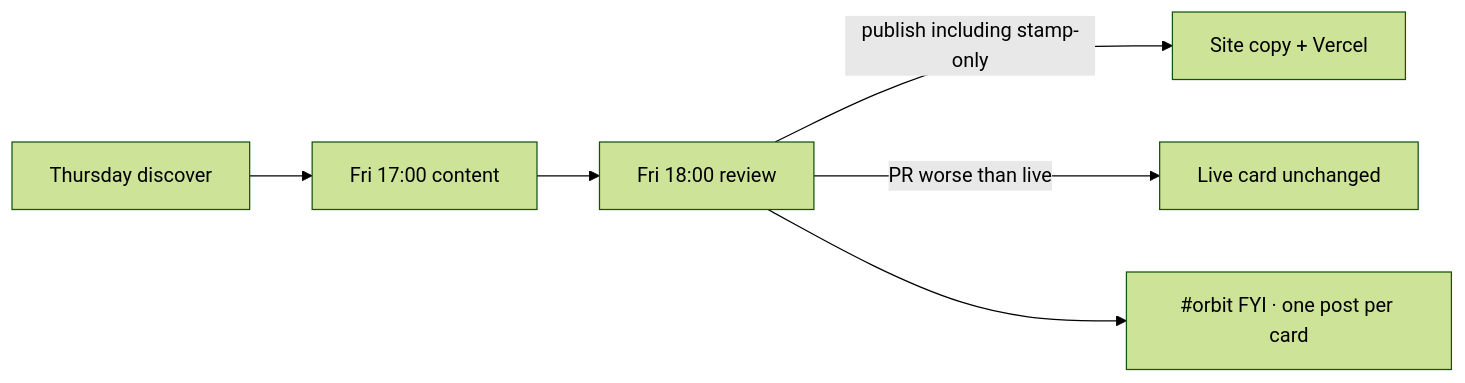
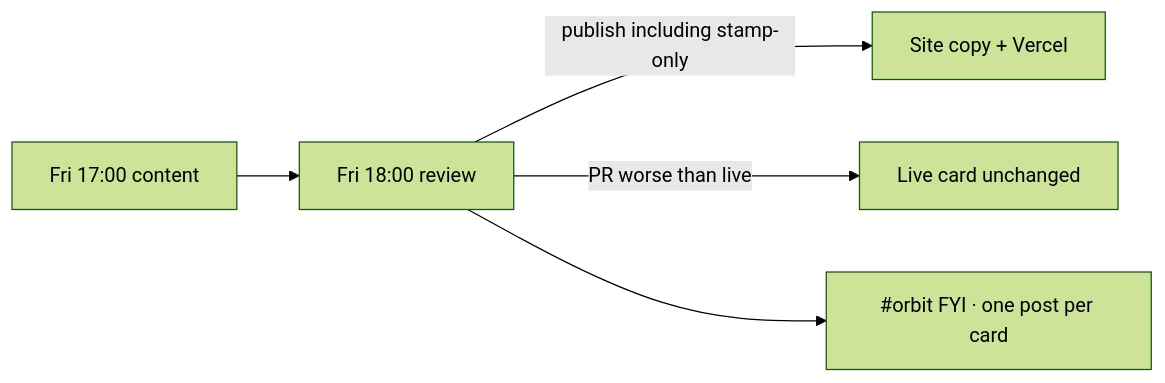
Before and after one commit to AlexTouvras/Orbit: the diagram in docs/architecture/field-card-approve.md, drawn with Mermaid (forest theme). The commit also changed other lines of this file and 4 other files, not shown here.

````diff
--- a/docs/architecture/field-card-approve.md
+++ b/docs/architecture/field-card-approve.md
@@ -24,8 +23,7 @@
 ```mermaid
 flowchart LR
-  CI[Thursday discover] --> Author[Fri 17:00 content]
-  Author --> Review[Fri 18:00 review]
+  Author[Fri 17:00 content] --> Review[Fri 18:00 review]
   Review -->|publish including stamp-only| Live[Site copy + Vercel]
   Review -->|PR worse than live| Stay[Live card unchanged]
   Review --> Slack["#orbit FYI · one post per card"]
 ```
````
